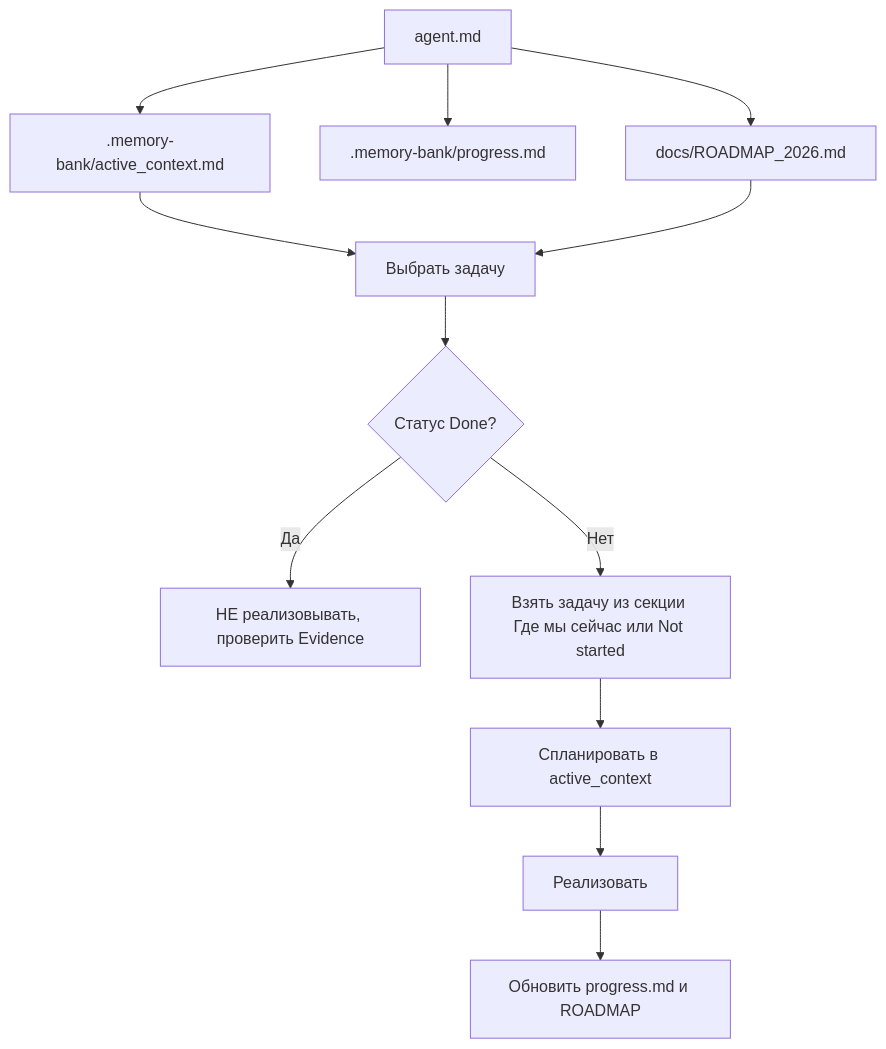
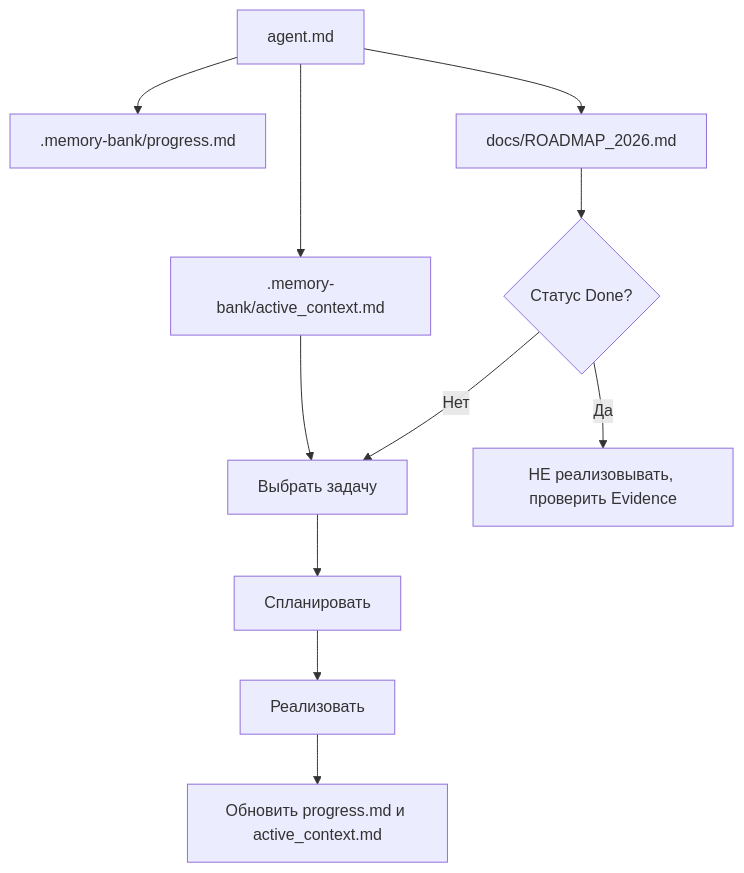
Before and after one commit to Realcampdzen/RL-Guide-book: the diagram in docs/ONBOARDING.md, drawn with Mermaid. The commit also changed other lines of this file and 136 other files, not shown here.

````diff
--- a/docs/ONBOARDING.md
+++ b/docs/ONBOARDING.md
@@ -41,14 +43,13 @@
 ```mermaid
 flowchart TD
     A[agent.md] --> B[.memory-bank/active_context.md]
     A --> C[.memory-bank/progress.md]
     A --> D[docs/ROADMAP_2026.md]
     B --> E[Выбрать задачу]
-    D --> E
-    E --> F{Статус Done?}
+    D --> F{Статус Done?}
     F -->|Да| G[НЕ реализовывать, проверить Evidence]
-    F -->|Нет| H[Взять задачу из секции Где мы сейчас или Not started]
-    H --> I[Спланировать в active_context]
-    I --> J[Реализовать]
-    J --> K[Обновить progress.md и ROADMAP]
+    F -->|Нет| E
+    E --> H[Спланировать]
+    H --> I[Реализовать]
+    I --> J[Обновить progress.md и active_context.md]
 ```
````
